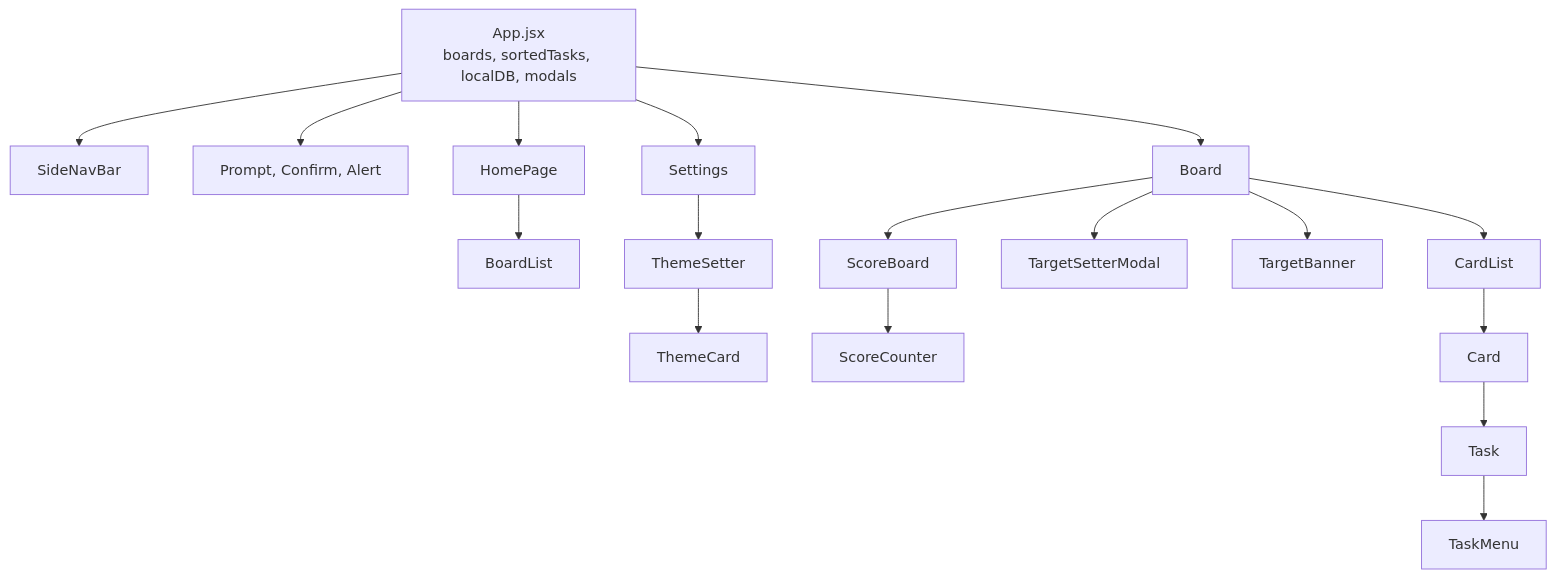
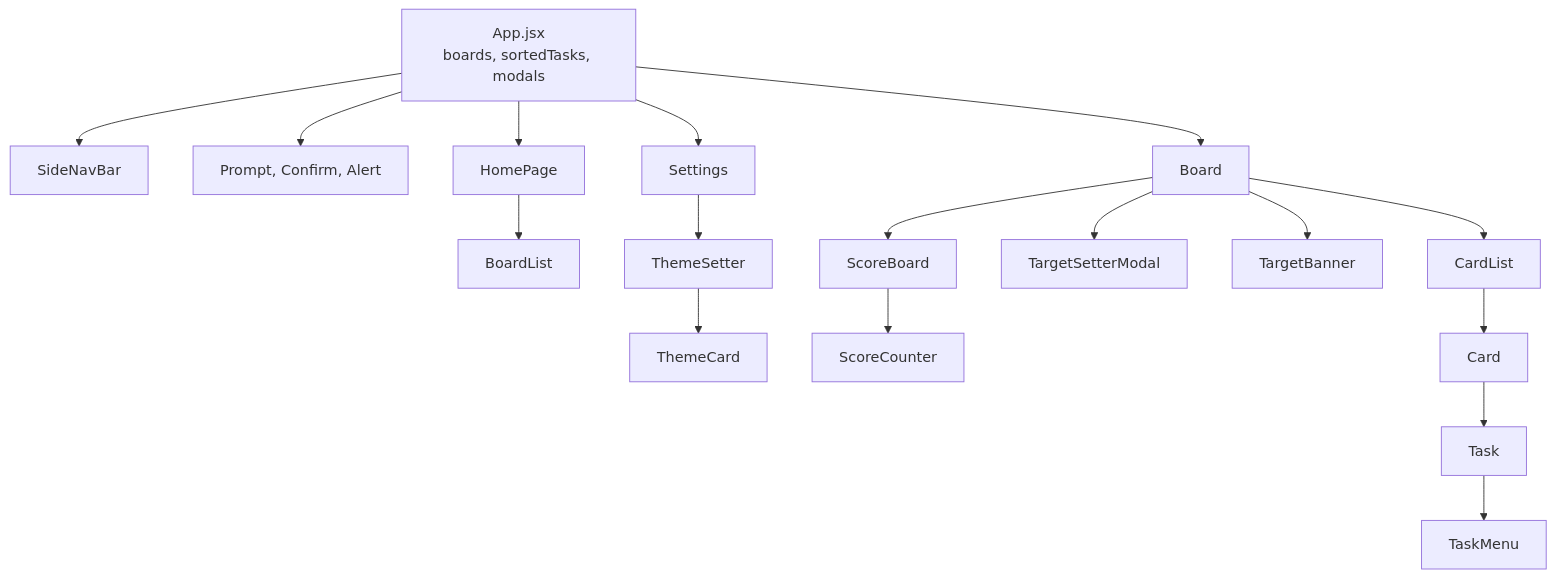
Before and after one commit to TomBenjaminMorris/listpal-frontend: the second of 6 diagrams in ARCHITECTURE.md, drawn with Mermaid. The commit also changed other lines of this file and 14 other files, not shown here.

````diff
--- a/ARCHITECTURE.md
+++ b/ARCHITECTURE.md
@@ -106,18 +108,18 @@
 ```mermaid
 flowchart TB
-    App["App.jsx<br/>boards, sortedTasks, localDB, modals"]
+    App["App.jsx<br/>boards, sortedTasks, modals"]
     App --> SNB["SideNavBar"]
     App --> Modals["Prompt, Confirm, Alert"]
     App --> Home["HomePage"]
     App --> Settings["Settings"]
     App --> Board["Board"]
     Home --> BL["BoardList"]
     Settings --> TS["ThemeSetter"] --> TC["ThemeCard"]
     Board --> SB["ScoreBoard"] --> SC["ScoreCounter"]
     Board --> TSM["TargetSetterModal"]
     Board --> TB["TargetBanner"]
     Board --> CardList["CardList"]
     CardList --> Card["Card"]
     Card --> Task["Task"]
     Task --> TaskMenu["TaskMenu"]
 ```
````
